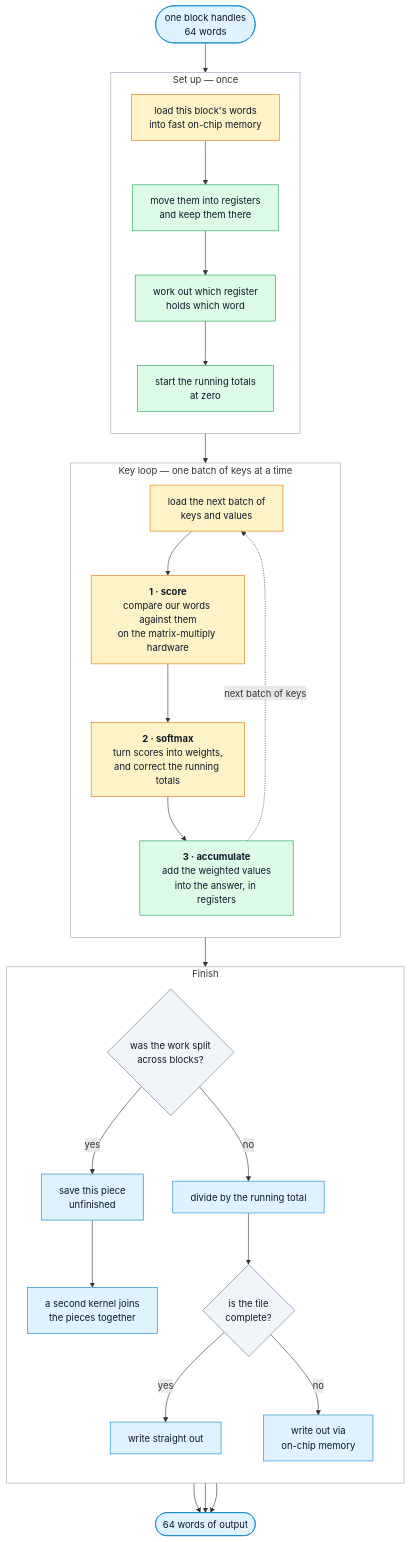
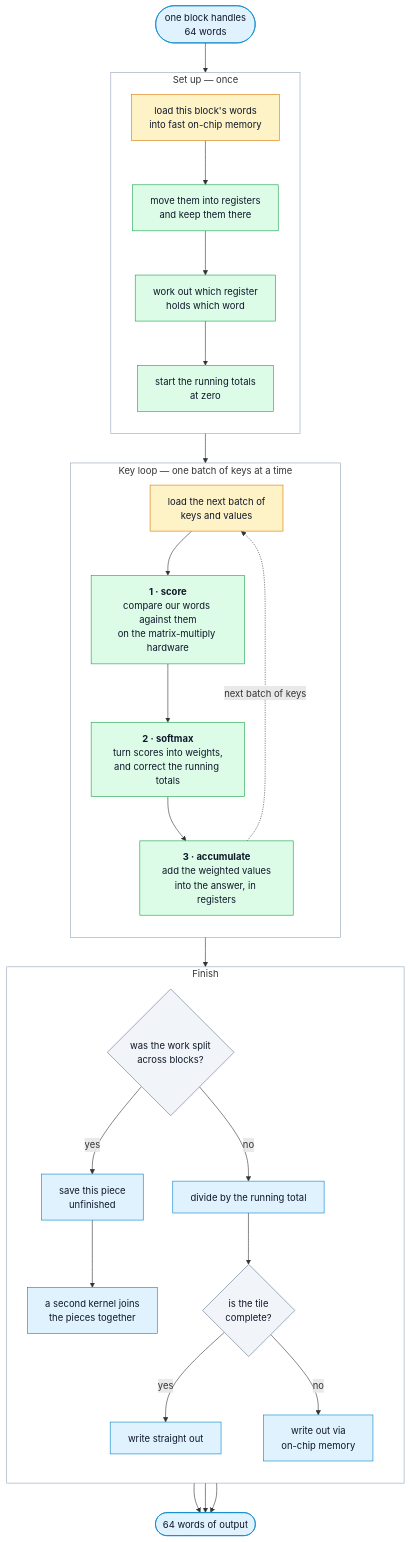
Before and after one commit to jazwinn/Distraction-OptimizedTransformerLayer: the eighth of 9 diagrams in TechnicalReport.md, drawn with Mermaid. The commit also changed other lines of this file, not shown here.

````diff
--- a/TechnicalReport.md
+++ b/TechnicalReport.md
@@ -1046,59 +1089,59 @@
 ```mermaid
 flowchart TD
     entry(["one block handles<br/>64 words"])
 
     subgraph prologue ["Set up — once"]
         direction TB
         pq["load this block's words<br/>into fast on-chip memory"]
         pf["move them into registers<br/>and keep them there"]
         pp["work out which register<br/>holds which word"]
         pz["start the running totals<br/>at zero"]
         pq --> pf --> pp --> pz
     end
 
     subgraph loop ["Key loop — one batch of keys at a time"]
         direction TB
         stage["load the next batch of<br/>keys and values"]
         g1["<b>1 · score</b><br/>compare our words against them<br/>on the matrix-multiply hardware"]
         sm["<b>2 · softmax</b><br/>turn scores into weights,<br/>and correct the running totals"]
         g2["<b>3 · accumulate</b><br/>add the weighted values<br/>into the answer, in registers"]
         stage --> g1 --> sm --> g2
     end
 
     subgraph epi ["Finish"]
         direction TB
         sp{"was the work split<br/>across blocks?"}
         part["save this piece<br/>unfinished"]
         comb["a second kernel joins<br/>the pieces together"]
         norm["divide by the running total"]
         dir{"is the tile<br/>complete?"}
         d1["write straight out"]
         d2["write out via<br/>on-chip memory"]
         sp -->|"yes"| part --> comb
         sp -->|"no"| norm --> dir
         dir -->|"yes"| d1
         dir -->|"no"| d2
     end
 
     out(["64 words of output"])
 
     entry --> pq
     pz --> stage
     g2 -.->|"next batch of keys"| stage
     g2 --> sp
     comb --> out
     d1 --> out
     d2 --> out
 
     classDef reg fill:#dcfce7,stroke:#16a34a,color:#0f172a;
     classDef shm fill:#fef3c7,stroke:#d97706,color:#0f172a;
     classDef glb fill:#e0f2fe,stroke:#0284c7,color:#0f172a;
     classDef gate fill:#f1f5f9,stroke:#64748b,color:#0f172a;
     classDef box fill:transparent,stroke:#94a3b8;
-    class pf,pp,pz,g2 reg;
-    class pq,stage,g1,sm shm;
+    class pf,pp,pz,g1,sm,g2 reg;
+    class pq,stage shm;
     class part,comb,d1,d2,norm glb;
     class sp,dir gate;
     class entry,out glb;
     class prologue,loop,epi box;
 ```
````
